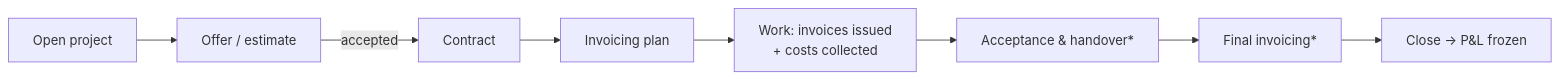
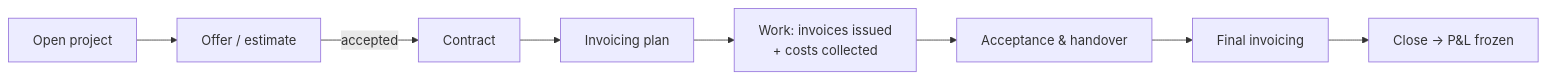
The diagram in docs/MANUAL.md (kristapsgoncoronoks-ship-it/Bid_it), drawn with Mermaid before and after one commit. The commit also changed other lines of this file and 21 other files, not shown here.

First line of the commit message:
WO-D: the lifecycle closes — acceptance, and the final invoice that adjusts

````diff
--- a/docs/MANUAL.md
+++ b/docs/MANUAL.md
@@ -138,10 +138,10 @@
 ```mermaid
 flowchart LR
   O[Open project] --> OFF[Offer / estimate]
   OFF -->|accepted| CT[Contract]
   CT --> PLAN[Invoicing plan]
   PLAN --> WORK[Work: invoices issued<br/>+ costs collected]
-  WORK --> ACC[Acceptance & handover*]
-  ACC --> FIN[Final invoicing*]
+  WORK --> ACC[Acceptance & handover]
+  ACC --> FIN[Final invoicing]
   FIN --> CLOSE[Close → P&L frozen]
 ```
````
